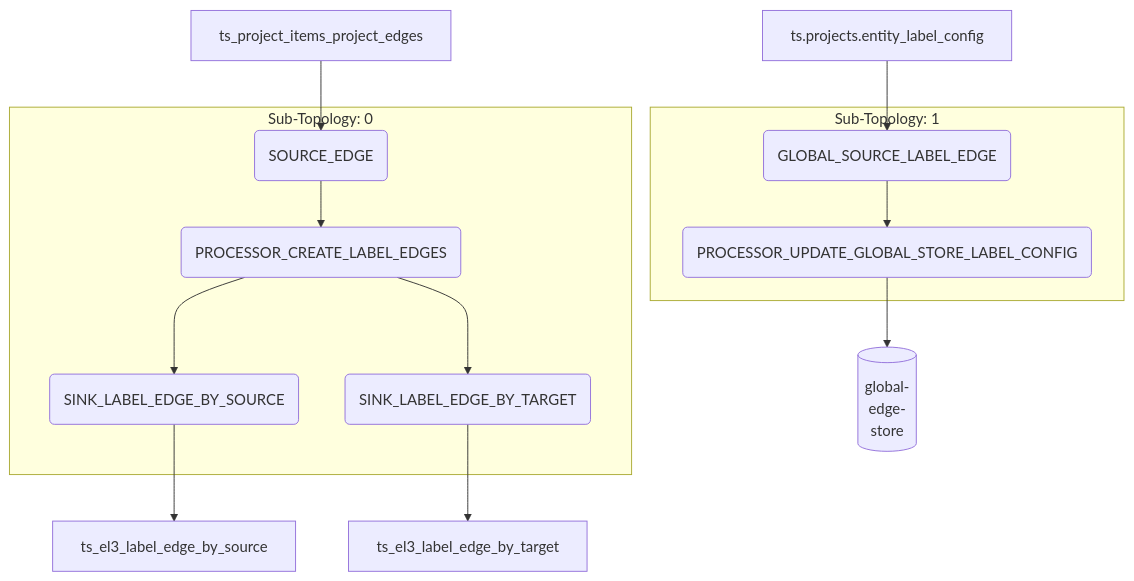
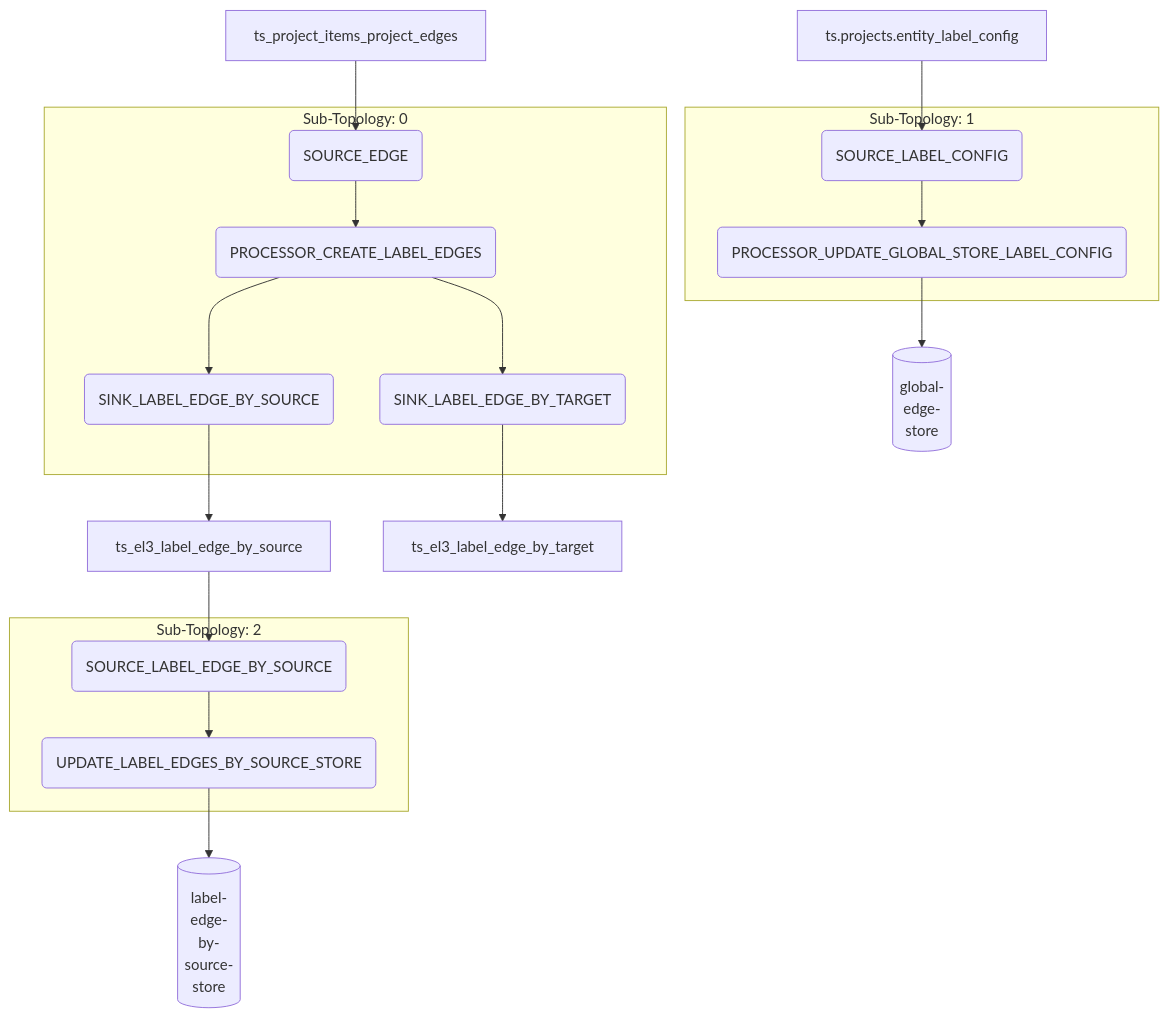
Before and after one commit to geovistory/toolbox-streams: the diagram in app-3-entity-label3/topology.md, drawn with Mermaid. The commit also changed 8 other files, not shown here.

Commit message:
add label edge by source store

````diff
--- a/app-3-entity-label3/topology.md
+++ b/app-3-entity-label3/topology.md
@@ -1,21 +1,28 @@
 ```mermaid
 graph TD
 ts_project_items_project_edges[ts_project_items_project_edges] --> SOURCE_EDGE(SOURCE_EDGE)
 SINK_LABEL_EDGE_BY_SOURCE(SINK_LABEL_EDGE_BY_SOURCE) --> ts_el3_label_edge_by_source[ts_el3_label_edge_by_source]
 SINK_LABEL_EDGE_BY_TARGET(SINK_LABEL_EDGE_BY_TARGET) --> ts_el3_label_edge_by_target[ts_el3_label_edge_by_target]
-ts.projects.entity_label_config[ts.projects.entity_label_config] --> GLOBAL_SOURCE_LABEL_EDGE(GLOBAL_SOURCE_LABEL_EDGE)
+ts.projects.entity_label_config[ts.projects.entity_label_config] --> SOURCE_LABEL_CONFIG(SOURCE_LABEL_CONFIG)
 PROCESSOR_UPDATE_GLOBAL_STORE_LABEL_CONFIG(PROCESSOR_UPDATE_GLOBAL_STORE_LABEL_CONFIG) --> global-edge-store[(global-<br>edge-<br>store)]
+ts_el3_label_edge_by_source[ts_el3_label_edge_by_source] --> SOURCE_LABEL_EDGE_BY_SOURCE(SOURCE_LABEL_EDGE_BY_SOURCE)
+UPDATE_LABEL_EDGES_BY_SOURCE_STORE(UPDATE_LABEL_EDGES_BY_SOURCE_STORE) --> label-edge-by-source-store[(label-<br>edge-<br>by-<br>source-<br>store)]
 subgraph Sub-Topology: 0
 SOURCE_EDGE(SOURCE_EDGE) --> PROCESSOR_CREATE_LABEL_EDGES(PROCESSOR_CREATE_LABEL_EDGES)
 PROCESSOR_CREATE_LABEL_EDGES(PROCESSOR_CREATE_LABEL_EDGES) --> SINK_LABEL_EDGE_BY_SOURCE(SINK_LABEL_EDGE_BY_SOURCE)
 PROCESSOR_CREATE_LABEL_EDGES(PROCESSOR_CREATE_LABEL_EDGES) --> SINK_LABEL_EDGE_BY_TARGET(SINK_LABEL_EDGE_BY_TARGET)
 end
 subgraph Sub-Topology: 1
-GLOBAL_SOURCE_LABEL_EDGE(GLOBAL_SOURCE_LABEL_EDGE) --> PROCESSOR_UPDATE_GLOBAL_STORE_LABEL_CONFIG(PROCESSOR_UPDATE_GLOBAL_STORE_LABEL_CONFIG)
+SOURCE_LABEL_CONFIG(SOURCE_LABEL_CONFIG) --> PROCESSOR_UPDATE_GLOBAL_STORE_LABEL_CONFIG(PROCESSOR_UPDATE_GLOBAL_STORE_LABEL_CONFIG)
+end
+subgraph Sub-Topology: 2
+SOURCE_LABEL_EDGE_BY_SOURCE(SOURCE_LABEL_EDGE_BY_SOURCE) --> UPDATE_LABEL_EDGES_BY_SOURCE_STORE(UPDATE_LABEL_EDGES_BY_SOURCE_STORE)
 end
 ts_project_items_project_edges
 ts.projects.entity_label_config
 ts_el3_label_edge_by_source
+ts_el3_label_edge_by_source
 ts_el3_label_edge_by_target
 global-edge-store
+label-edge-by-source-store
 ```
````
